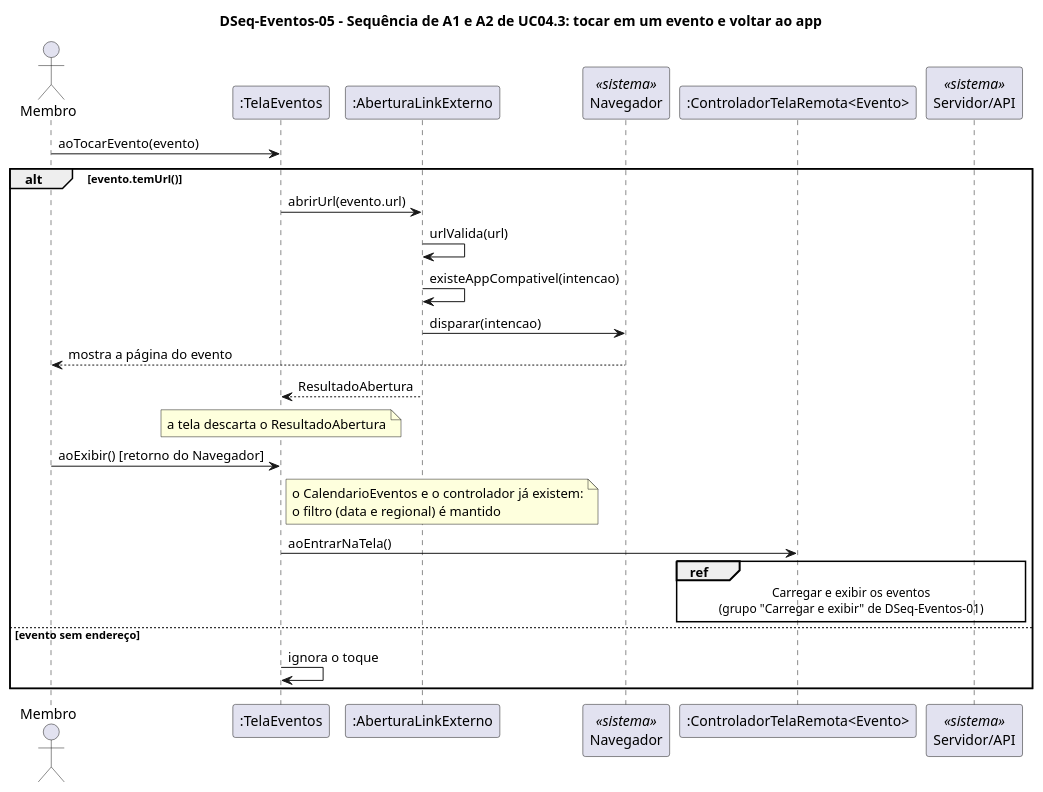
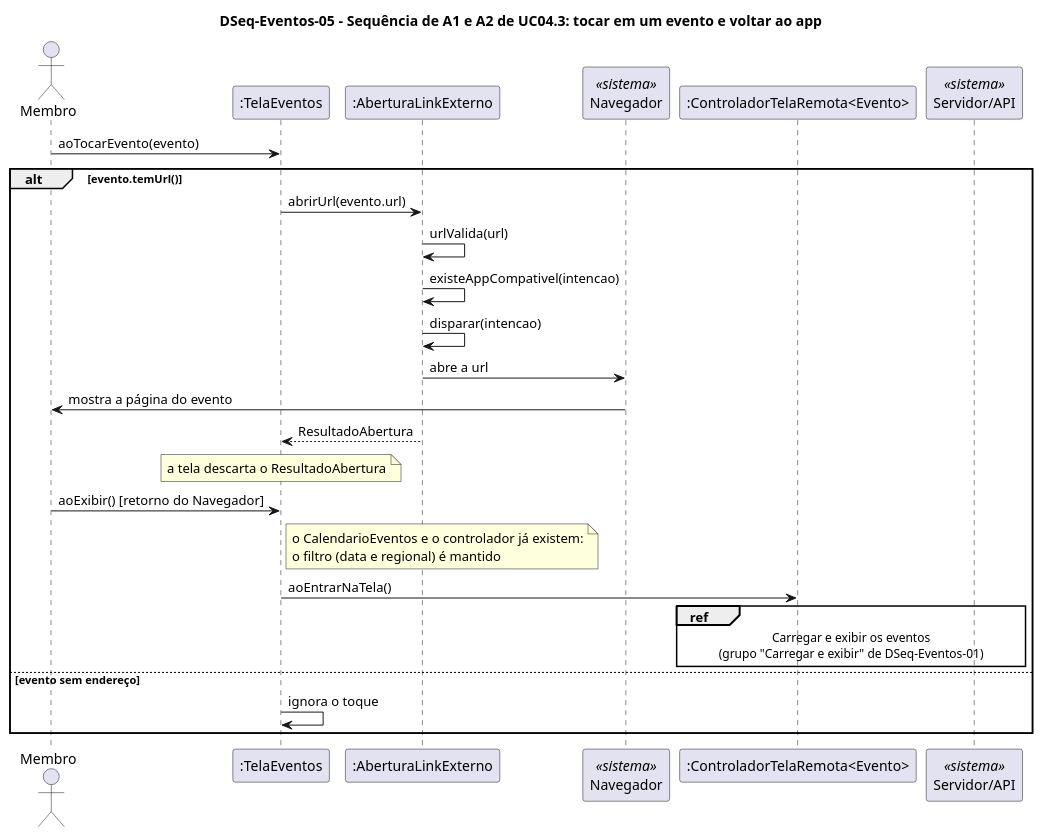
The diagram in Eventos/DSeq-Eventos-05.puml (joseduardogon/Minha_UFG_Grupo_Cinza), drawn with PlantUML before and after one commit. The commit also changed 43 other files, not shown here.

```diff
--- a/Eventos/DSeq-Eventos-05.puml
+++ b/Eventos/DSeq-Eventos-05.puml
@@ -1,26 +1,27 @@
 @startuml DSeq-Eventos-05
 title DSeq-Eventos-05 – Sequência de A1 e A2 de UC04.3: tocar em um evento e voltar ao app
 actor "Membro" as M
 participant ":TelaEventos" as T
 participant ":AberturaLinkExterno" as L
 participant "Navegador" as N <<sistema>>
 participant ":ControladorTelaRemota<Evento>" as K
 participant "Servidor/API" as S <<sistema>>
 
 M -> T : aoTocarEvento(evento)
 alt evento.temUrl()
   T -> L : abrirUrl(evento.url)
   L -> L : urlValida(url)
   L -> L : existeAppCompativel(intencao)
-  L -> N : disparar(intencao)
-  N --> M : mostra a página do evento
+  L -> L : disparar(intencao)
+  L -> N : abre a url
+  N -> M : mostra a página do evento
   L --> T : ResultadoAbertura
   note over T : a tela descarta o ResultadoAbertura
   M -> T : aoExibir() [retorno do Navegador]
   note right of T : o CalendarioEventos e o controlador já existem:\no filtro (data e regional) é mantido
   T -> K : aoEntrarNaTela()
   ref over K, S : Carregar e exibir os eventos\n(grupo "Carregar e exibir" de DSeq-Eventos-01)
 else evento sem endereço
   T -> T : ignora o toque
 end
 @enduml
```
